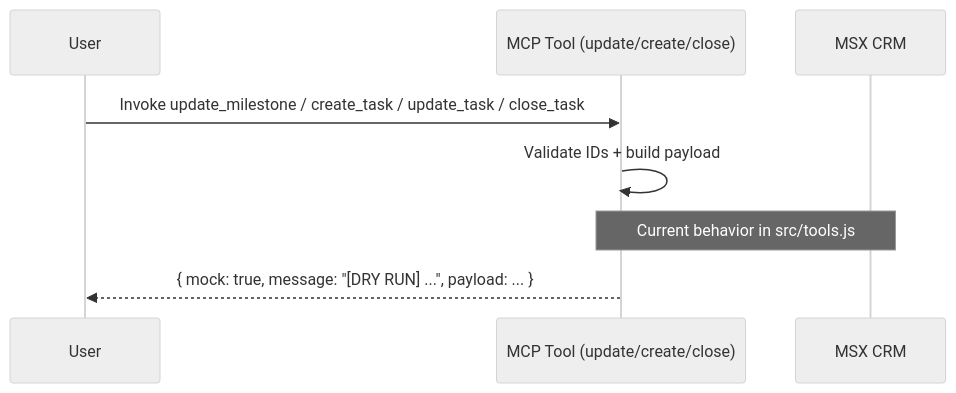
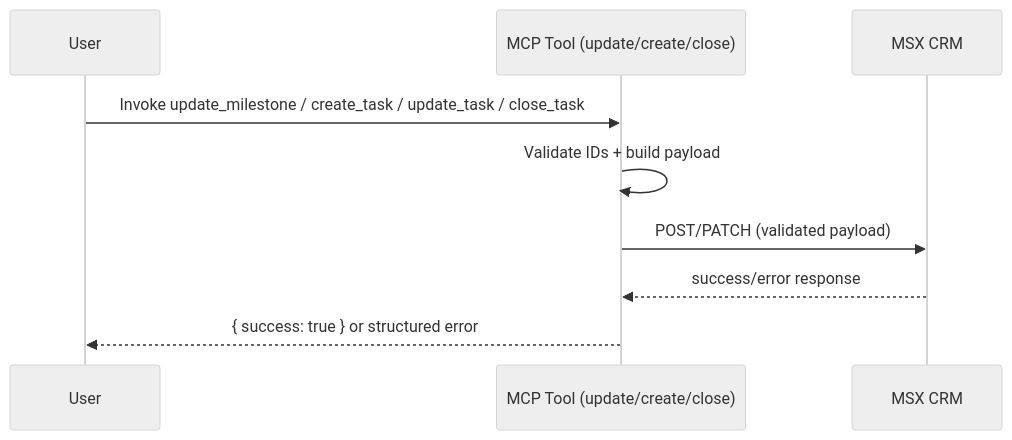
Before and after one commit to JinLee794/mcaps-copilot-tools: the third of 3 diagrams in docs/architecture-msx-mcp.md, drawn with Mermaid (neutral theme). The commit also changed other lines of this file and 7 other files, not shown here.

````diff
--- a/docs/architecture-msx-mcp.md
+++ b/docs/architecture-msx-mcp.md
@@ -73,11 +100,12 @@
 ```mermaid
 sequenceDiagram
   participant User
   participant MCP as MCP Tool (update/create/close)
   participant CRM as MSX CRM
 
   User->>MCP: Invoke update_milestone / create_task / update_task / close_task
   MCP->>MCP: Validate IDs + build payload
-  Note over MCP,CRM: Current behavior in src/tools.js
-  MCP-->>User: { mock: true, message: "[DRY RUN] ...", payload: ... }
+  MCP->>CRM: POST/PATCH (validated payload)
+  CRM-->>MCP: success/error response
+  MCP-->>User: { success: true } or structured error
 ```
````
